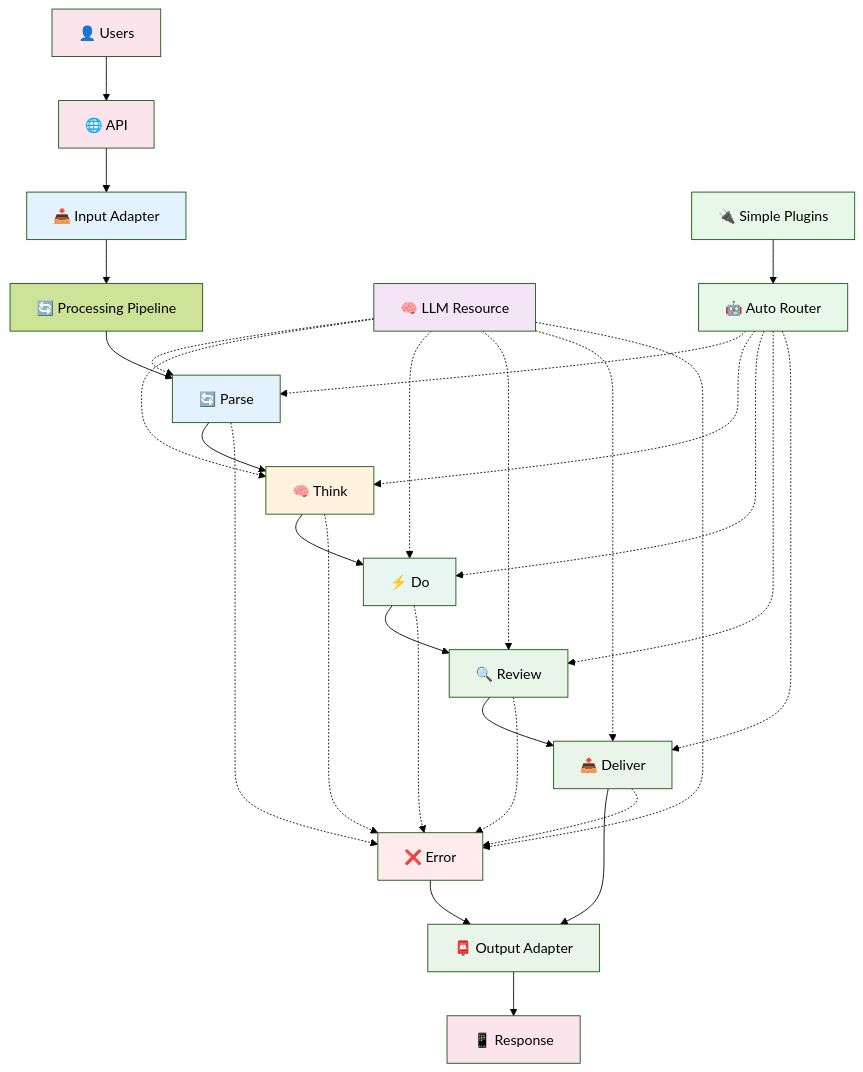
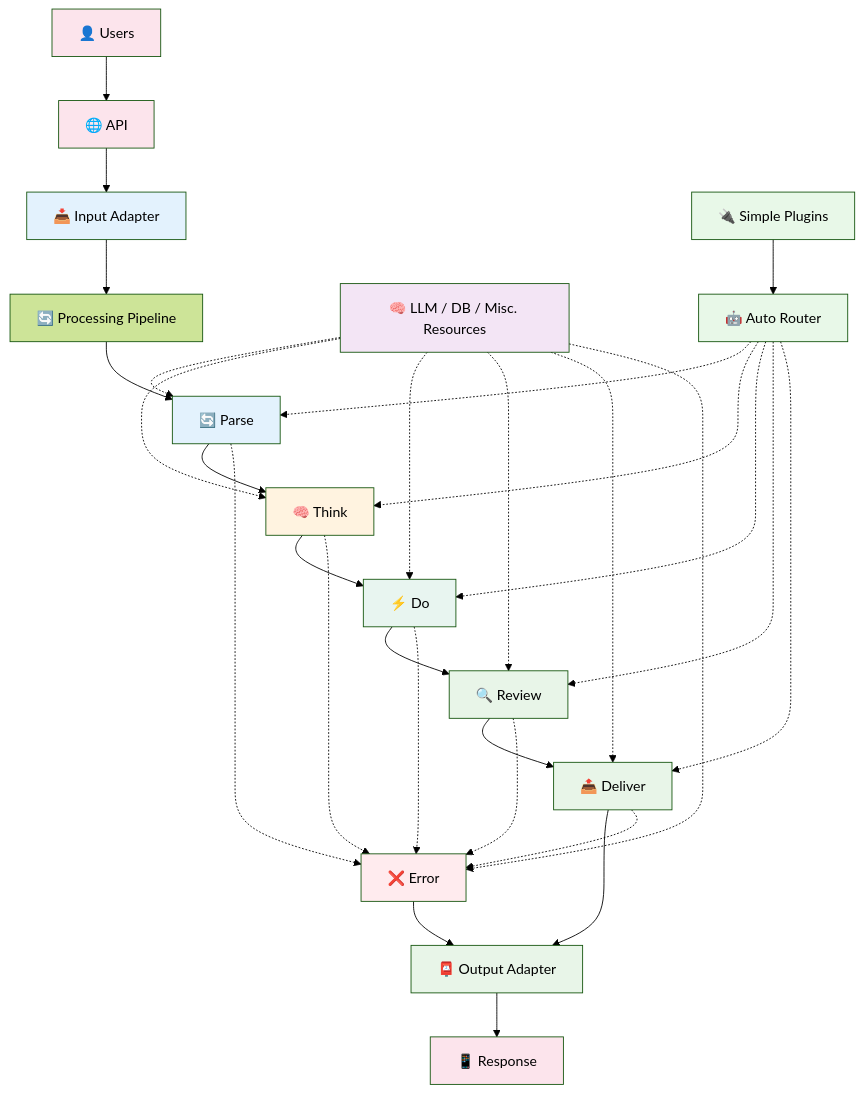
The diagram in ARCHITECTURE.md (Ladvien/entity), drawn with Mermaid (forest theme) before and after one commit. The commit also changed other lines of this file, not shown here.

Commit message:
Updated architecture doc.

````diff
--- a/ARCHITECTURE.md
+++ b/ARCHITECTURE.md
@@ -104,58 +117,58 @@
 ```mermaid
 flowchart TD
     Users[👤 Users] --> API[🌐 API]
     API --> IA[📥 Input Adapter]
     IA --> Pipeline[🔄 Processing Pipeline]
     
     Pipeline --> Stage1[🔄 Parse]
     Stage1 --> Stage2[🧠 Think] 
     Stage2 --> Stage3[⚡ Do]
     Stage3 --> Stage4[🔍 Review]
     Stage4 --> Stage5[📤 Deliver]
     
     Stage5 --> OA[📮 Output Adapter]
     OA --> Response[📱 Response]
     
     %% Error handling flow
     Stage1 -.-> ErrorStage[❌ Error]
     Stage2 -.-> ErrorStage
     Stage3 -.-> ErrorStage
     Stage4 -.-> ErrorStage
     Stage5 -.-> ErrorStage
     ErrorStage --> OA
     
-    %% LLM Resource Available Throughout Pipeline
-    LLM[🧠 LLM Resource] -.-> Stage1
+    %% LLM / DB / Misc. Resources Available Throughout Pipeline
+    LLM[🧠 LLM / DB / Misc. Resources] -.-> Stage1
     LLM -.-> Stage2
     LLM -.-> Stage3
     LLM -.-> Stage4
     LLM -.-> Stage5
     LLM -.-> ErrorStage
     
     %% Simple plugins auto-route to appropriate stages
     SimplePlugins[🔌 Simple Plugins] --> AutoRouter[🤖 Auto Router]
     AutoRouter -.-> Stage1
     AutoRouter -.-> Stage2
     AutoRouter -.-> Stage3
     AutoRouter -.-> Stage4
     AutoRouter -.-> Stage5
     
     %% Styling
     classDef input fill:#e3f2fd
     classDef processing fill:#fff3e0
     classDef llm fill:#f3e5f5
     classDef output fill:#e8f5e8
     classDef endpoints fill:#fce4ec
     classDef tools fill:#e8f5f0
     classDef error fill:#ffebee
     classDef simple fill:#e8f8e8
     
     class Users,API,Response endpoints
     class IA,Stage1 input
     class Stage2 processing
     class LLM llm
     class Stage3 tools
     class Stage4,Stage5,OA output
     class ErrorStage error
     class SimplePlugins,AutoRouter simple
 ```
````
